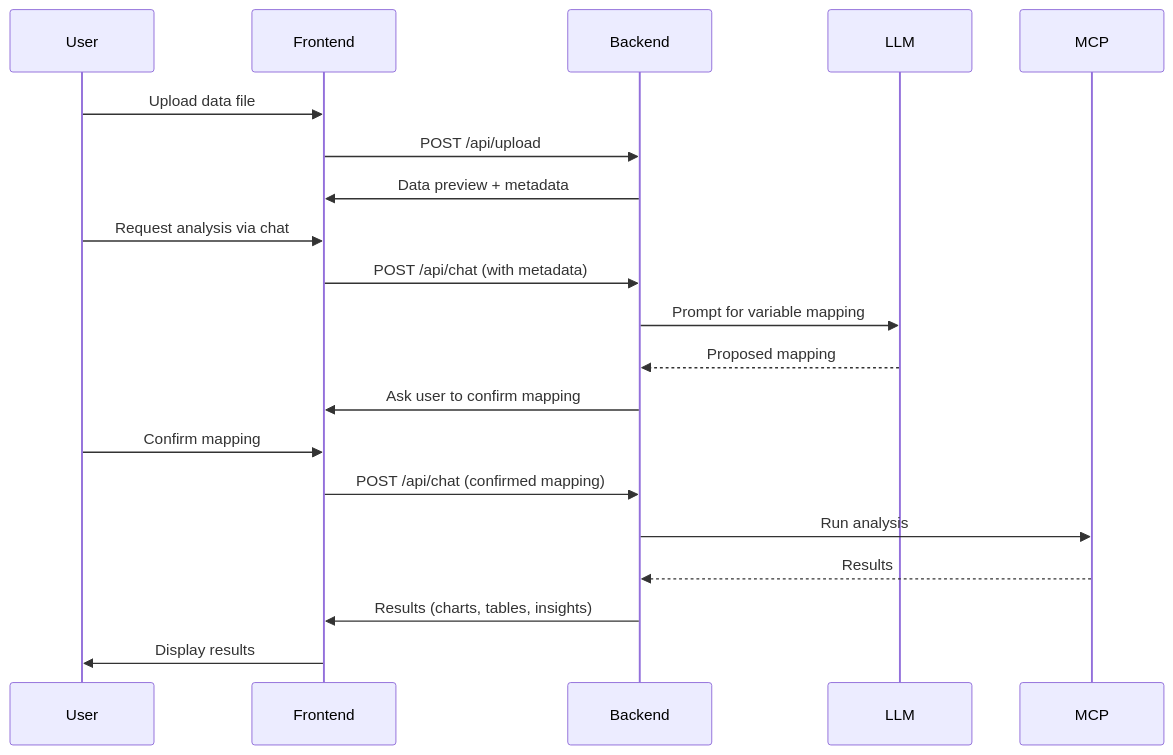
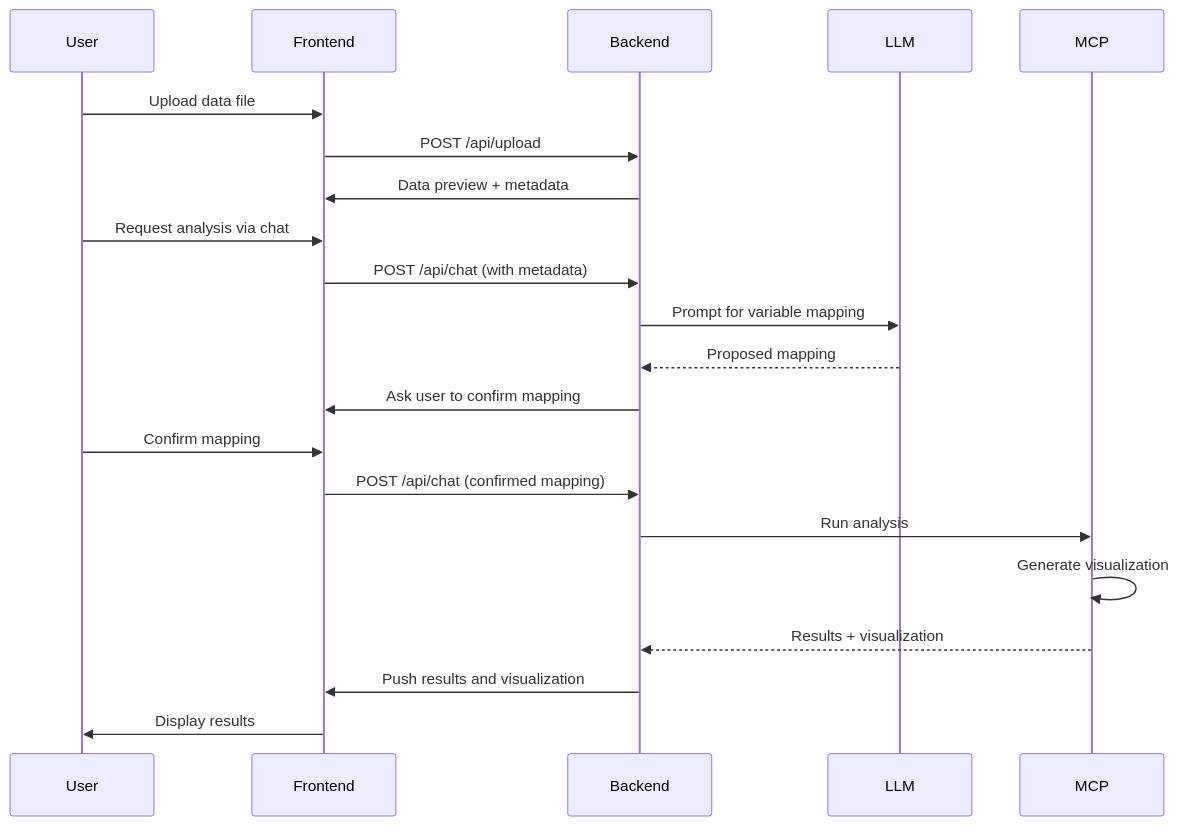
The third of 3 diagrams in ARCHITECTURE.md (halderavik/mr_with_ai), drawn with Mermaid before and after one commit. The commit also changed other lines of this file and 1 other file, not shown here.

Commit message:
docs: update README and ARCHITECTURE with visualization pipeline and MCP details

````diff
--- a/ARCHITECTURE.md
+++ b/ARCHITECTURE.md
@@ -108,22 +139,23 @@
 ```mermaid
 sequenceDiagram
     participant U as User
     participant F as Frontend
     participant B as Backend
     participant L as LLM
     participant M as MCP
     U->>F: Upload data file
     F->>B: POST /api/upload
     B->>F: Data preview + metadata
     U->>F: Request analysis via chat
     F->>B: POST /api/chat (with metadata)
     B->>L: Prompt for variable mapping
     L-->>B: Proposed mapping
     B->>F: Ask user to confirm mapping
     U->>F: Confirm mapping
     F->>B: POST /api/chat (confirmed mapping)
     B->>M: Run analysis
-    M-->>B: Results
-    B->>F: Results (charts, tables, insights)
+    M->>M: Generate visualization
+    M-->>B: Results + visualization
+    B->>F: Push results and visualization
     F->>U: Display results
 ```
````
